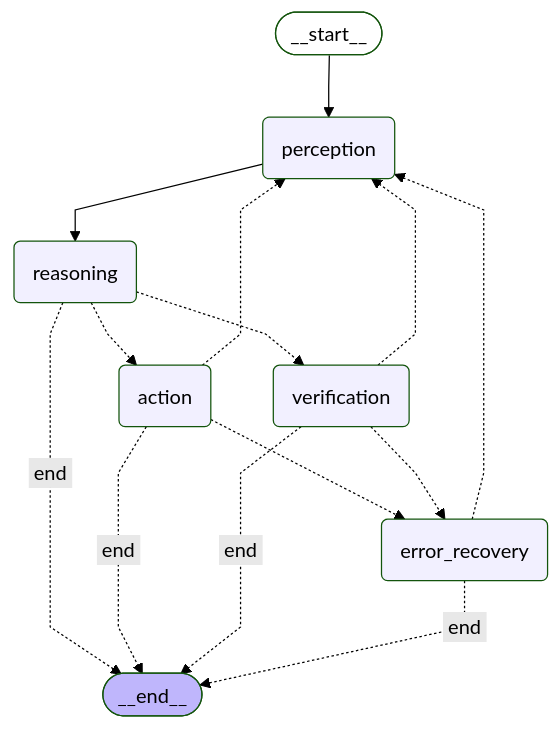
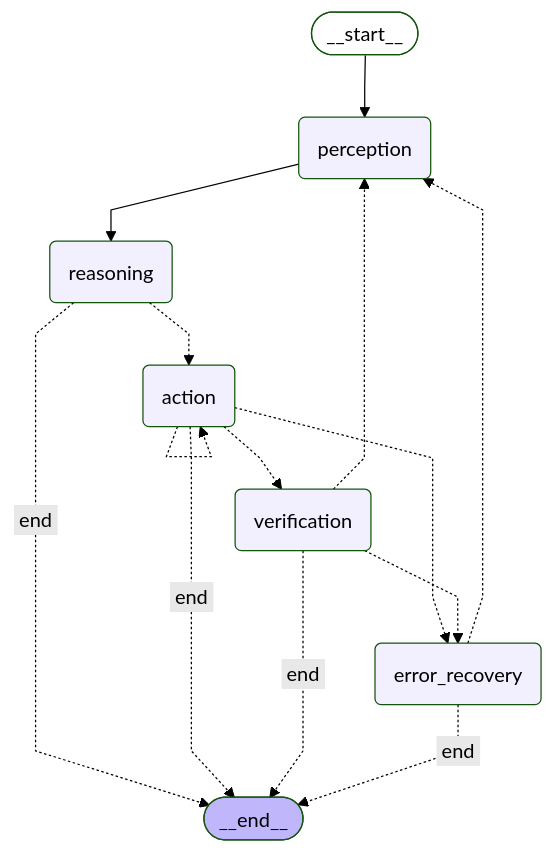
One commit to Youssef-Hossam2274/inspace-desktop changed the diagram in workflow.mmd. Above: the diagram before and after it, drawn with Mermaid (forest theme). The commit also changed 41 other files, not shown here.

Commit message:
Fixed action layer and graph

```diff
--- a/workflow.mmd
+++ b/workflow.mmd
@@ -1,25 +1,25 @@
 %%{init: {'flowchart': {'curve': 'linear'}}}%%
 graph TD;
 	__start__([<p>__start__</p>]):::first
 	perception(perception)
 	reasoning(reasoning)
 	action(action)
 	verification(verification)
 	error_recovery(error_recovery)
 	__end__([<p>__end__</p>]):::last
 	__start__ --> perception;
 	perception --> reasoning;
-	reasoning -.-> verification;
 	reasoning -.-> action;
 	reasoning -. &nbsp;end&nbsp; .-> __end__;
-	action -.-> perception;
+	action -.-> verification;
 	action -.-> error_recovery;
 	action -. &nbsp;end&nbsp; .-> __end__;
 	verification -.-> perception;
 	verification -.-> error_recovery;
 	verification -. &nbsp;end&nbsp; .-> __end__;
 	error_recovery -.-> perception;
 	error_recovery -. &nbsp;end&nbsp; .-> __end__;
+	action -.-> action;
 	classDef default fill:#f2f0ff,line-height:1.2;
 	classDef first fill-opacity:0;
 	classDef last fill:#bfb6fc;
```
